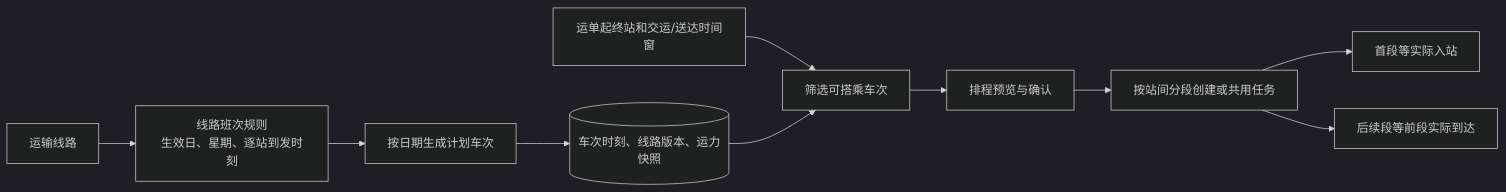
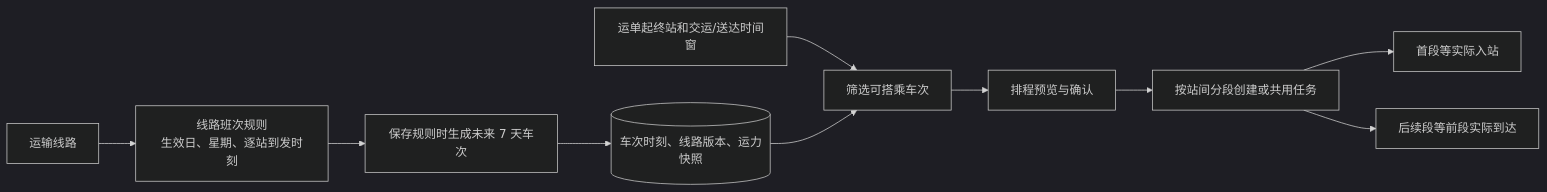
One commit to NikFranki/jingpo-logistics-system changed the diagram in docs/技术方案/v7/be/line-services.md. Above: the diagram before and after it, drawn with Mermaid (dark theme). The commit also changed other lines of this file and 13 other files, not shown here.

````diff
--- a/docs/技术方案/v7/be/line-services.md
+++ b/docs/技术方案/v7/be/line-services.md
@@ -7,12 +7,12 @@
 ```mermaid
 flowchart LR
     L[运输线路] --> R[线路班次规则\n生效日、星期、逐站到发时刻]
-    R --> G[按日期生成计划车次]
+    R --> G[保存规则时生成未来 7 天车次]
     G --> T[(车次时刻、线路版本、运力快照)]
     S[运单起终站和交运/送达时间窗] --> Q[筛选可搭乘车次]
     T --> Q
     Q --> P[排程预览与确认]
     P --> X[按站间分段创建或共用任务]
     X --> A[首段等实际入站]
     X --> B[后续段等前段实际到达]
 ```
````
